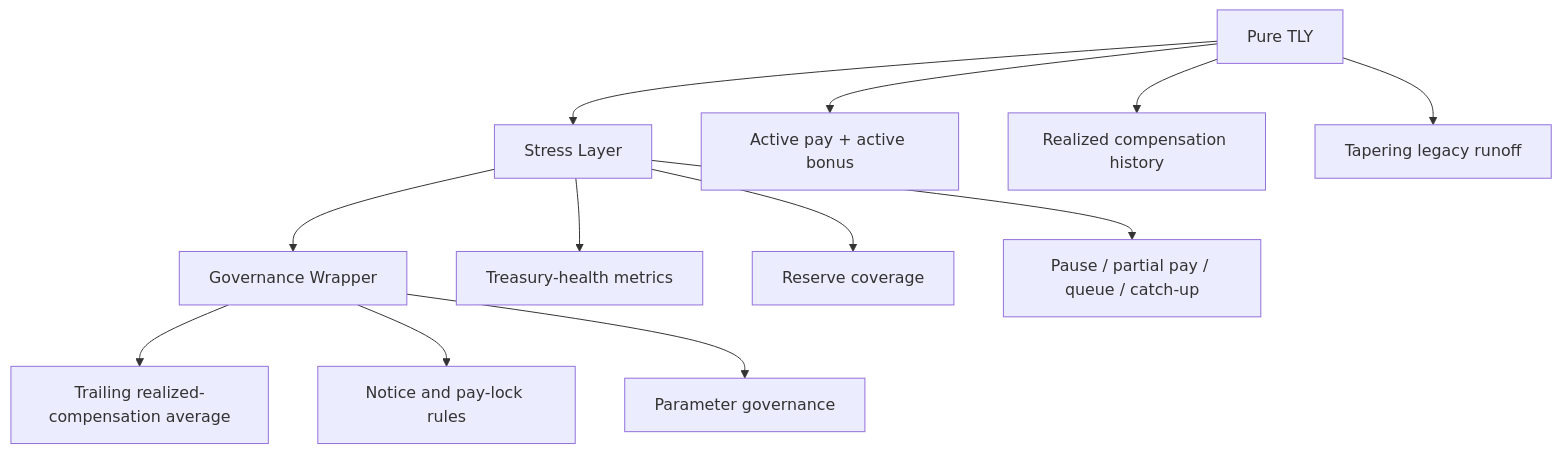
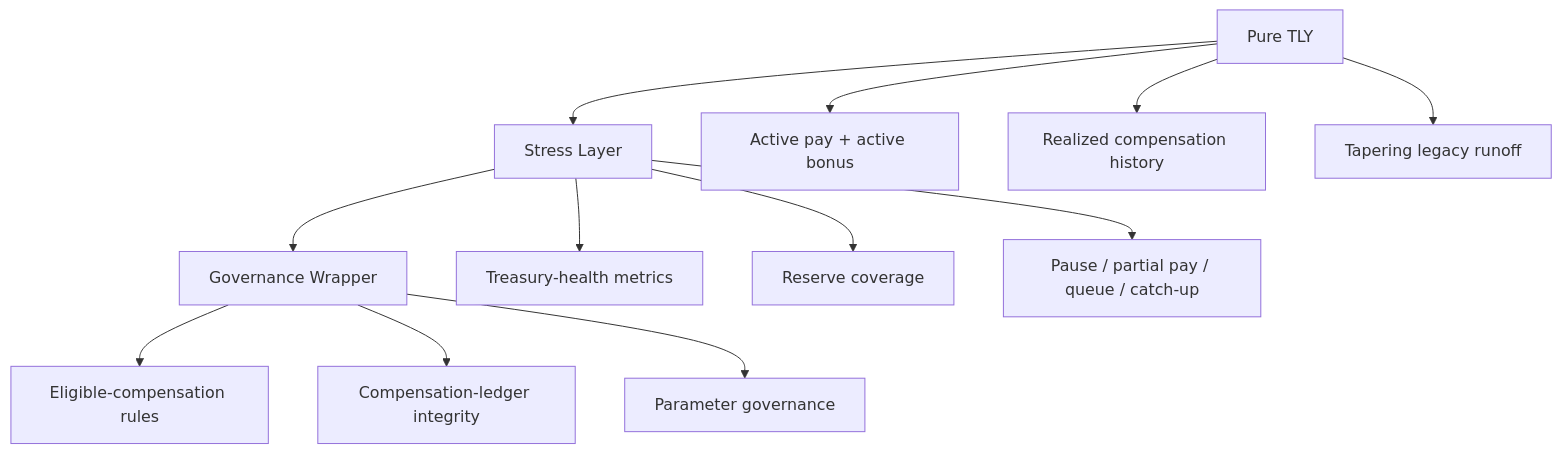
One commit to haydenluckadoo-web/Trailing-Labor-Yield changed the first of 6 diagrams in paper/tly_visual_diagrams.md. Above: the diagram before and after it, drawn with Mermaid. The commit also changed other lines of this file and 8 other files, not shown here.

````diff
--- a/paper/tly_visual_diagrams.md
+++ b/paper/tly_visual_diagrams.md
@@ -12,17 +12,17 @@
 ```mermaid
 flowchart TD
     A[Pure TLY] --> B[Stress Layer]
     B --> C[Governance Wrapper]
 
     A --> A1[Active pay + active bonus]
     A --> A2[Realized compensation history]
     A --> A3[Tapering legacy runoff]
 
     B --> B1[Treasury-health metrics]
     B --> B2[Reserve coverage]
     B --> B3[Pause / partial pay / queue / catch-up]
 
-    C --> C1[Trailing realized-compensation average]
-    C --> C2[Notice and pay-lock rules]
+    C --> C1[Eligible-compensation rules]
+    C --> C2[Compensation-ledger integrity]
     C --> C3[Parameter governance]
 ```
````
